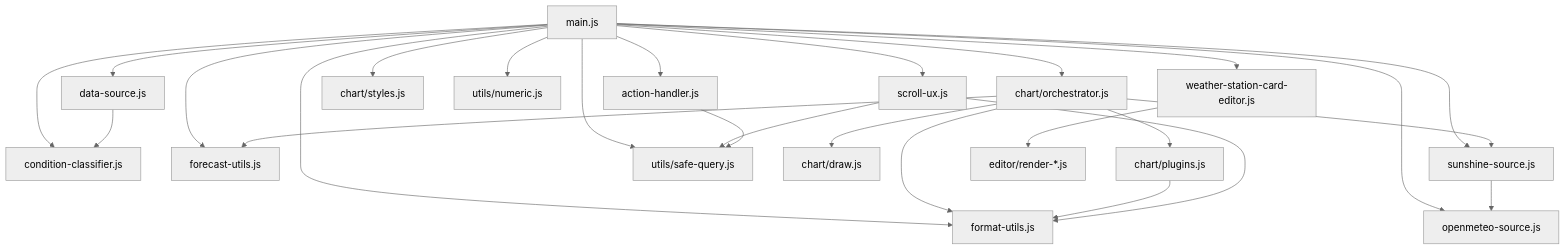
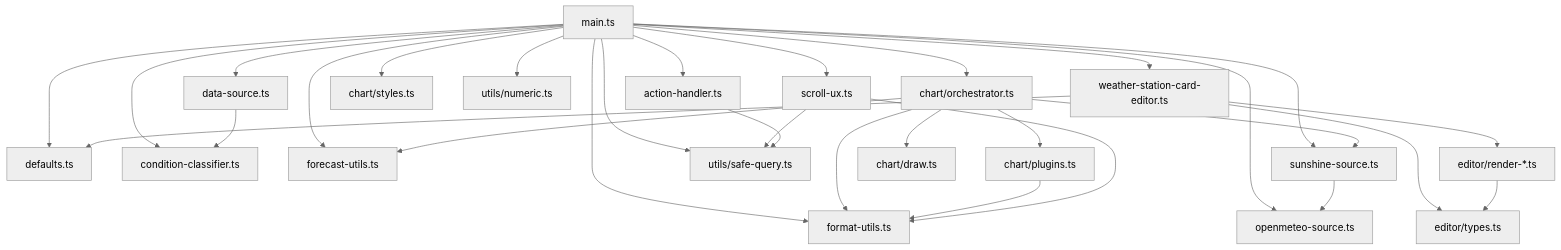
Before and after one commit to chriguschneider/past-weather-card: the diagram in ARCHITECTURE.md, drawn with Mermaid (neutral theme). The commit also changed other lines of this file and 35 other files, not shown here.

````diff
--- a/ARCHITECTURE.md
+++ b/ARCHITECTURE.md
@@ -113,29 +134,33 @@
 ```mermaid
 graph TD
-    main[main.js]
-    main --> data[data-source.js]
-    main --> classifier[condition-classifier.js]
-    main --> fcutils[forecast-utils.js]
-    main --> fmtutils[format-utils.js]
-    main --> sunshine[sunshine-source.js]
-    main --> openmeteo[openmeteo-source.js]
-    main --> scroll[scroll-ux.js]
-    main --> action[action-handler.js]
-    main --> orchestrator[chart/orchestrator.js]
-    main --> styles[chart/styles.js]
-    main --> safeq[utils/safe-query.js]
-    main --> num[utils/numeric.js]
-    main --> editor[weather-station-card-editor.js]
+    main[main.ts]
+    main --> defaults[defaults.ts]
+    main --> data[data-source.ts]
+    main --> classifier[condition-classifier.ts]
+    main --> fcutils[forecast-utils.ts]
+    main --> fmtutils[format-utils.ts]
+    main --> sunshine[sunshine-source.ts]
+    main --> openmeteo[openmeteo-source.ts]
+    main --> scroll[scroll-ux.ts]
+    main --> action[action-handler.ts]
+    main --> orchestrator[chart/orchestrator.ts]
+    main --> styles[chart/styles.ts]
+    main --> safeq[utils/safe-query.ts]
+    main --> num[utils/numeric.ts]
+    main --> editor[weather-station-card-editor.ts]
+    editor --> defaults
+    editor --> editorTypes[editor/types.ts]
+    editor --> editorParts[editor/render-*.ts]
+    editorParts --> editorTypes
     sunshine --> openmeteo
     data --> classifier
-    orchestrator --> draw[chart/draw.js]
-    orchestrator --> plugins[chart/plugins.js]
+    orchestrator --> draw[chart/draw.ts]
+    orchestrator --> plugins[chart/plugins.ts]
     orchestrator --> fcutils
     orchestrator --> fmtutils
     orchestrator --> sunshine
     plugins --> fmtutils
     scroll --> safeq
     scroll --> fmtutils
     action --> safeq
-    editor --> editorParts[editor/render-*.js]
 ```
````
